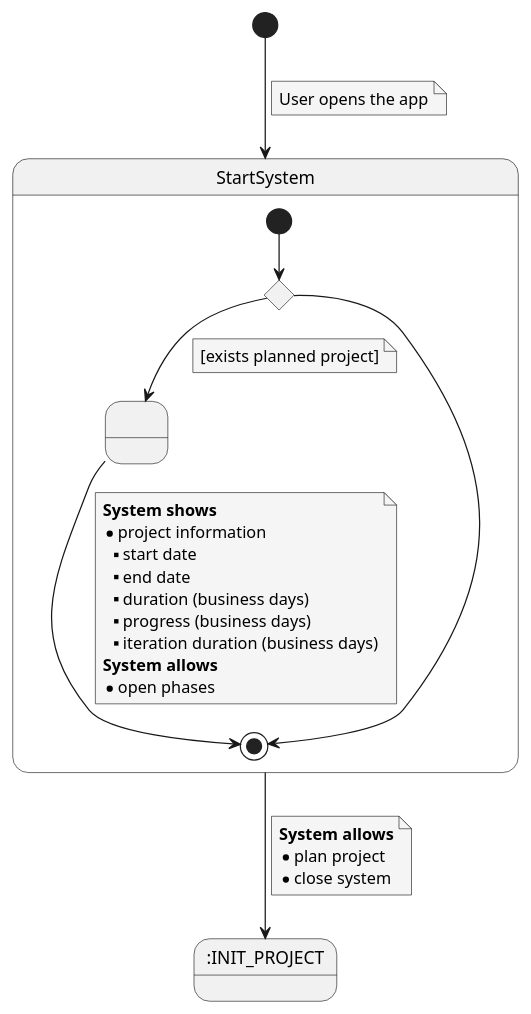
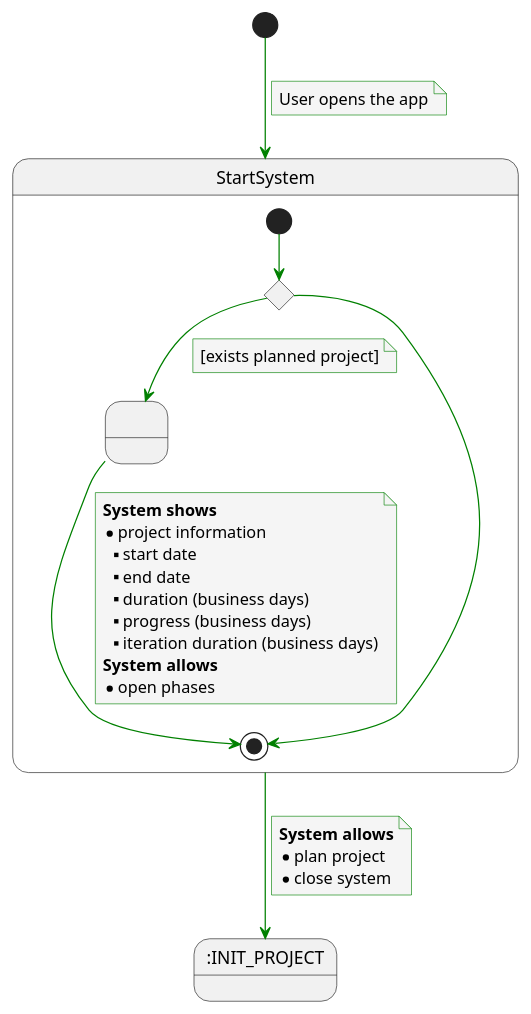
The diagram in documentation/usecasesview/specifications/general/StartSystem.puml (rup-projects/rup-projects), drawn with PlantUML before and after one commit. The commit also changed 18 other files, not shown here.

Commit message:
Especificacion de caso de uso : añado skinParams, para remarcar el successfull flow, en vez de pintar los nodos en verde pintamos las flechas en verde,de modo que si es un camino de canceler o fallo de validacion la flecha se muestra en rojo. Queda mas claro de un vistazo cual es el camino principal

```diff
--- a/documentation/usecasesview/specifications/general/StartSystem.puml
+++ b/documentation/usecasesview/specifications/general/StartSystem.puml
@@ -1,47 +1,48 @@
 @startuml
 
-skinparam {
-    NoteBackgroundColor #whiteSmoke
-}
-
+    skinparam {
+        NoteBackgroundColor #whiteSmoke
+        ArrowColor #green
+        NoteBorderColor #green
+    }
 state 4 as ":INIT_PROJECT"
 
 [*] --> StartSystem
 note on link
     User opens the app
 end note
 
 state StartSystem {
     state 5 as " "
     state 2 <<choice>>
 
     [*] --> 2
 
     2 --> [*]
 
     2 --> 5
     note on link
     [exists planned project]
     end note
 
     5 --> [*]
     note on link
     <b>System shows</b>
     * project information
     ** start date
     ** end date
     ** duration (business days)
     ** progress (business days)
     ** iteration duration (business days)
     <b>System allows</b>
     * open phases
     end note
 }
 
 StartSystem --> 4
     note on link
     <b>System allows</b>
     * plan project
     * close system
     end note
 @enduml
```
